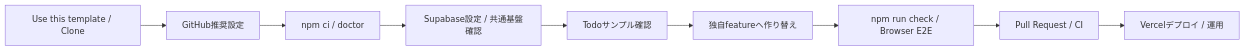
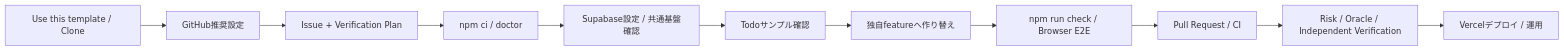
The first of 4 diagrams in README.md (k-systems202208/nextjs-supabase-vercel-webapp-template), drawn with Mermaid before and after one commit. The commit also changed other lines of this file and 6 other files, not shown here.

````diff
--- a/README.md
+++ b/README.md
@@ -11,11 +11,13 @@
 ```mermaid
 flowchart LR
     A["Use this template / Clone"] --> B["GitHub推奨設定"]
-    B --> C["npm ci / doctor"]
-    C --> D["Supabase設定 / 共通基盤確認"]
-    D --> E["Todoサンプル確認"]
-    E --> F["独自featureへ作り替え"]
-    F --> G["npm run check / Browser E2E"]
-    G --> H["Pull Request / CI"]
-    H --> I["Vercelデプロイ / 運用"]
+    B --> C["Issue + Verification Plan"]
+    C --> D["npm ci / doctor"]
+    D --> E["Supabase設定 / 共通基盤確認"]
+    E --> F["Todoサンプル確認"]
+    F --> G["独自featureへ作り替え"]
+    G --> H["npm run check / Browser E2E"]
+    H --> I["Pull Request / CI"]
+    I --> J["Risk / Oracle / Independent Verification"]
+    J --> K["Vercelデプロイ / 運用"]
 ```
````
